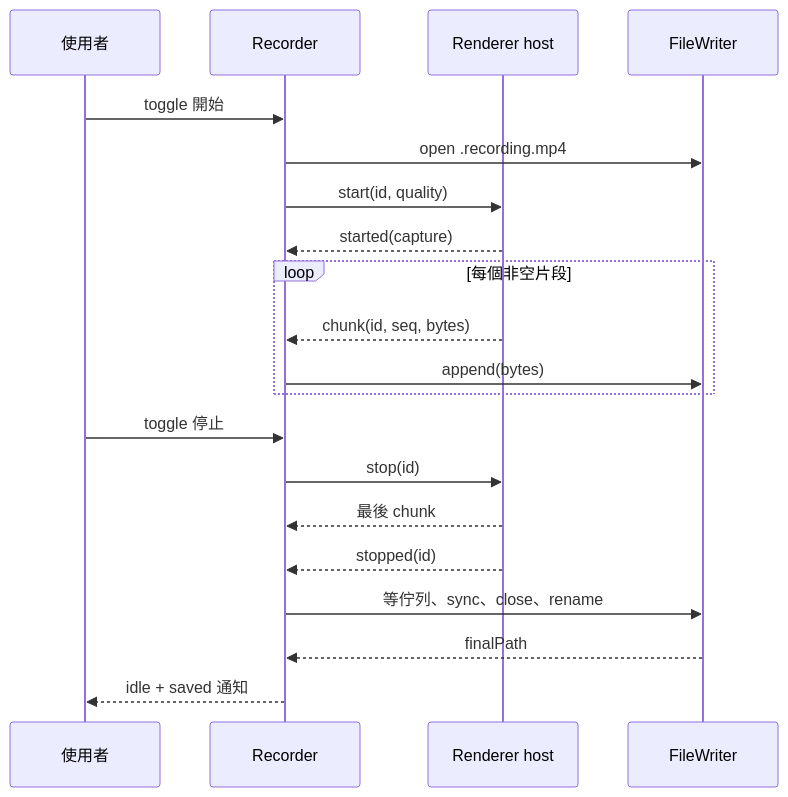
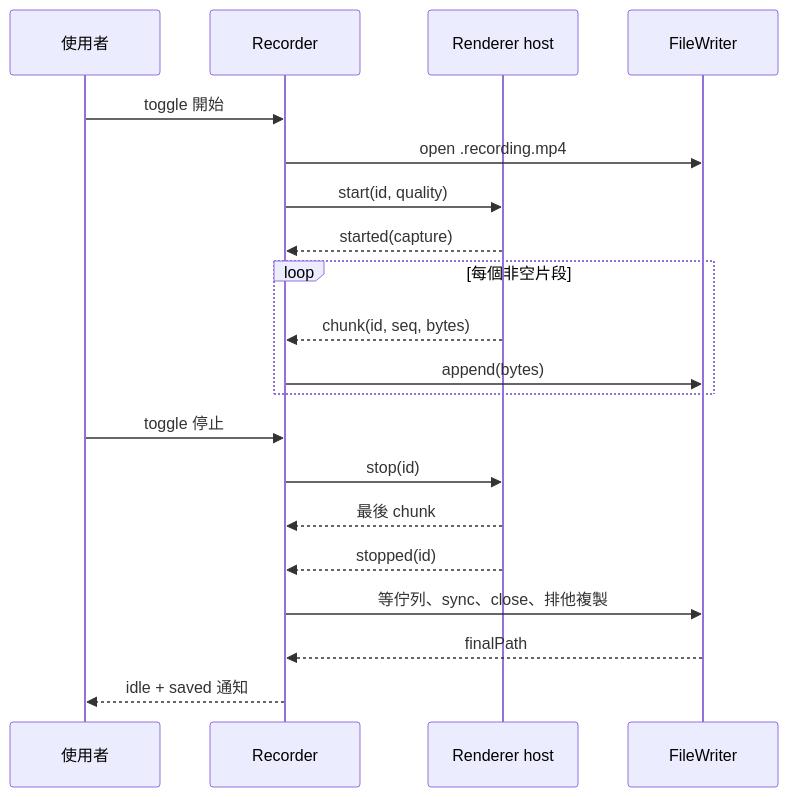
Before and after one commit to EricTsai83/recordstuff: the second of 2 diagrams in docs/zh-TW/system-design/recording.md, drawn with Mermaid. The commit also changed other lines of this file and 3 other files, not shown here.

````diff
--- a/docs/zh-TW/system-design/recording.md
+++ b/docs/zh-TW/system-design/recording.md
@@ -69,22 +69,22 @@
 ```mermaid
 sequenceDiagram
     participant U as 使用者
     participant R as Recorder
     participant H as Renderer host
     participant W as FileWriter
     U->>R: toggle 開始
     R->>W: open .recording.mp4
     R->>H: start(id, quality)
     H-->>R: started(capture)
     loop 每個非空片段
       H-->>R: chunk(id, seq, bytes)
       R->>W: append(bytes)
     end
     U->>R: toggle 停止
     R->>H: stop(id)
     H-->>R: 最後 chunk
     H-->>R: stopped(id)
-    R->>W: 等佇列、sync、close、rename
+    R->>W: 等佇列、sync、close、排他複製
     W-->>R: finalPath
     R-->>U: idle + saved 通知
 ```
````
